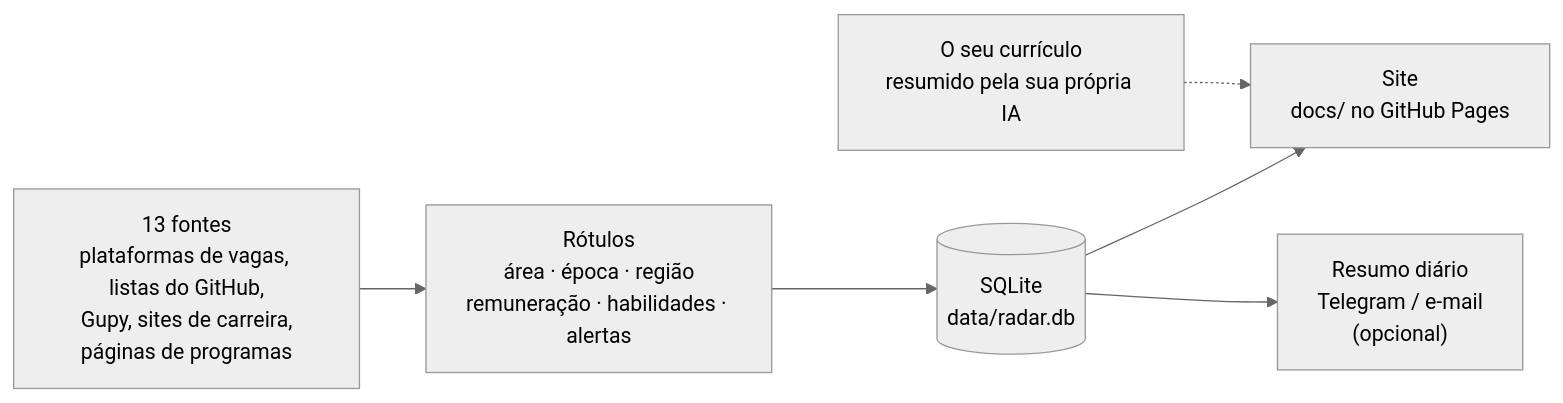
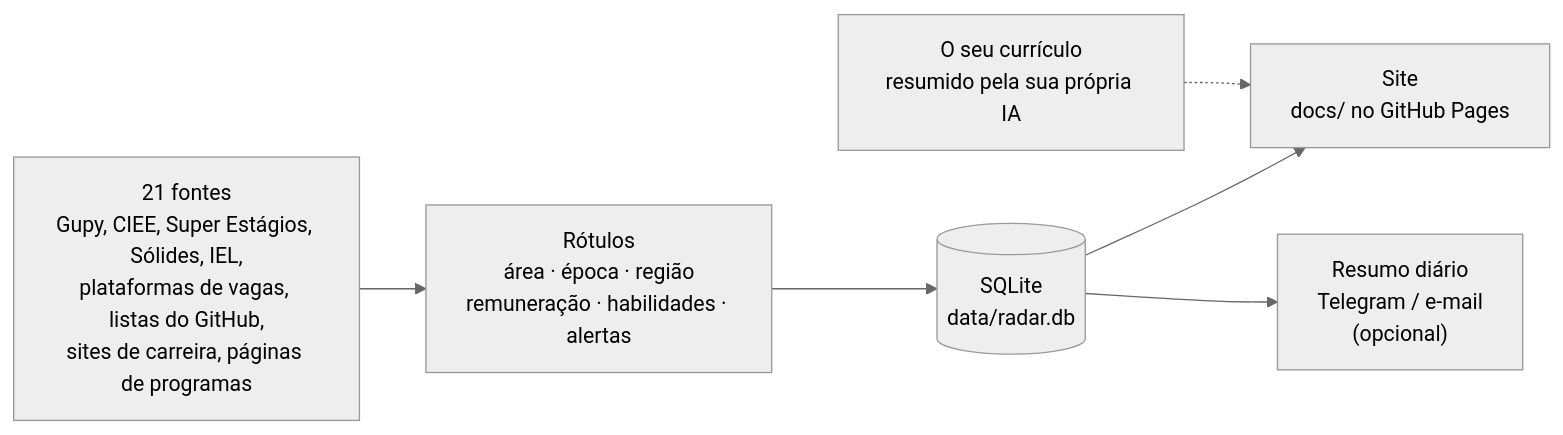
The diagram in README.md (PedroCamargoLINCE/opportunity-radar), drawn with Mermaid (neutral theme) before and after one commit. The commit also changed other lines of this file and 6 other files, not shown here.

````diff
--- a/README.md
+++ b/README.md
@@ -95,8 +97,8 @@
 ```mermaid
 flowchart LR
-    A["13 fontes<br/>plataformas de vagas, listas do GitHub,<br/>Gupy, sites de carreira,<br/>páginas de programas"] --> B["Rótulos<br/>área · época · região<br/>remuneração · habilidades · alertas"]
+    A["21 fontes<br/>Gupy, CIEE, Super Estágios, Sólides, IEL,<br/>plataformas de vagas, listas do GitHub,<br/>sites de carreira, páginas de programas"] --> B["Rótulos<br/>área · época · região<br/>remuneração · habilidades · alertas"]
     B --> C[("SQLite<br/>data/radar.db")]
     R["O seu currículo<br/>resumido pela sua própria IA"] -.-> D
     C --> D["Site<br/>docs/ no GitHub Pages"]
     C --> E["Resumo diário<br/>Telegram / e-mail<br/>(opcional)"]
 ```
````
